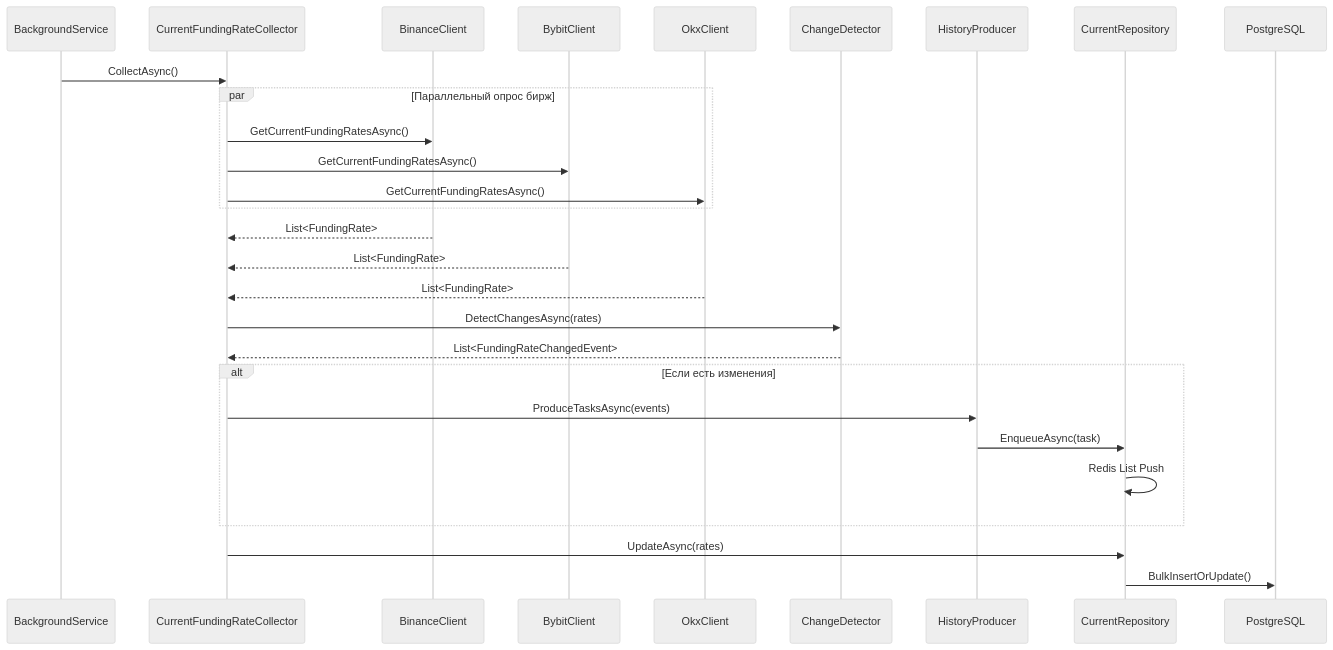
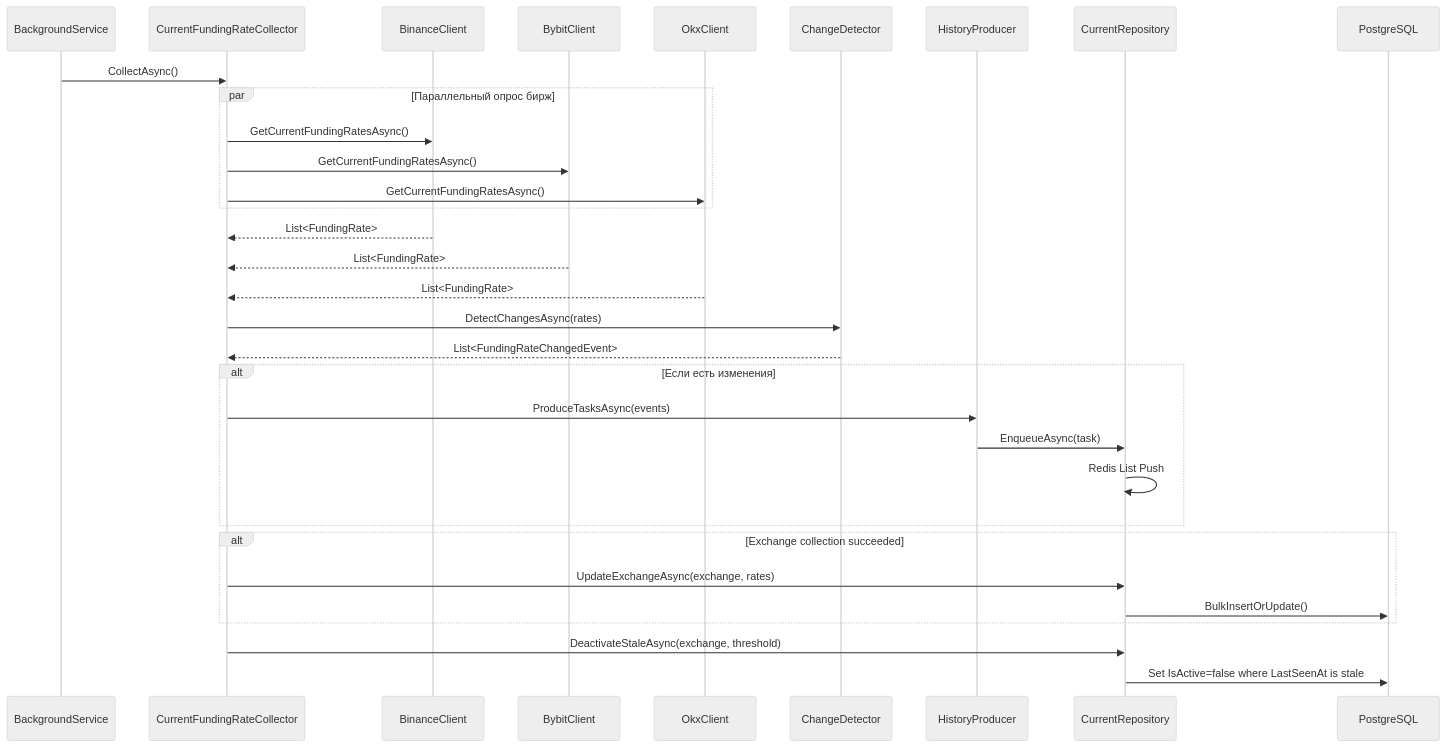
The second of 6 diagrams in docs/architecture/USE_CASE_DIAGRAM.md (Grigory50012/FundingMonitor), drawn with Mermaid (neutral theme) before and after one commit. The commit also changed other lines of this file and 48 other files, not shown here.

Commit message:
feat: track stale funding rates

````diff
--- a/docs/architecture/USE_CASE_DIAGRAM.md
+++ b/docs/architecture/USE_CASE_DIAGRAM.md
@@ -86,34 +86,39 @@
 ```mermaid
 sequenceDiagram
     participant BS as BackgroundService
     participant C as CurrentFundingRateCollector
     participant B as BinanceClient
     participant Y as BybitClient
     participant O as OkxClient
     participant D as ChangeDetector
     participant P as HistoryProducer
     participant R as CurrentRepository
     participant DB as PostgreSQL
 
     BS->>C: CollectAsync()
     par Параллельный опрос бирж
         C->>B: GetCurrentFundingRatesAsync()
         C->>Y: GetCurrentFundingRatesAsync()
         C->>O: GetCurrentFundingRatesAsync()
     end
     B-->>C: List<FundingRate>
     Y-->>C: List<FundingRate>
     O-->>C: List<FundingRate>
 
     C->>D: DetectChangesAsync(rates)
     D-->>C: List<FundingRateChangedEvent>
 
     alt Если есть изменения
         C->>P: ProduceTasksAsync(events)
         P->>R: EnqueueAsync(task)
         R->>R: Redis List Push
     end
 
-    C->>R: UpdateAsync(rates)
-    R->>DB: BulkInsertOrUpdate()
+    alt Exchange collection succeeded
+        C->>R: UpdateExchangeAsync(exchange, rates)
+        R->>DB: BulkInsertOrUpdate()
+    end
+
+    C->>R: DeactivateStaleAsync(exchange, threshold)
+    R->>DB: Set IsActive=false where LastSeenAt is stale
 ```
````
